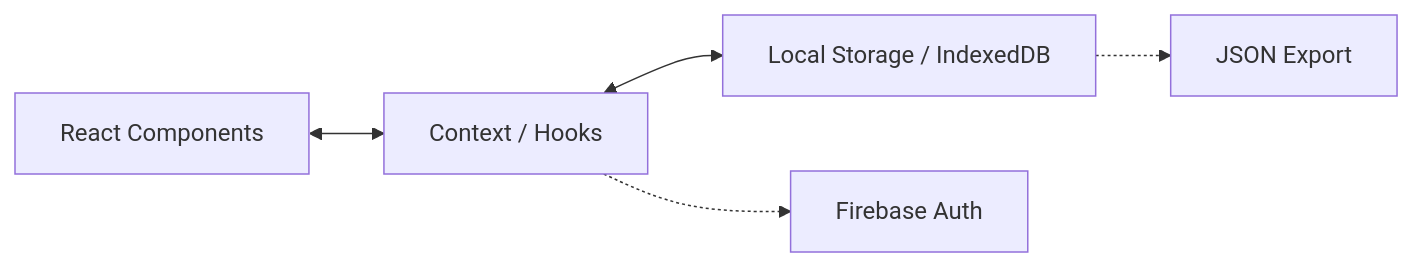
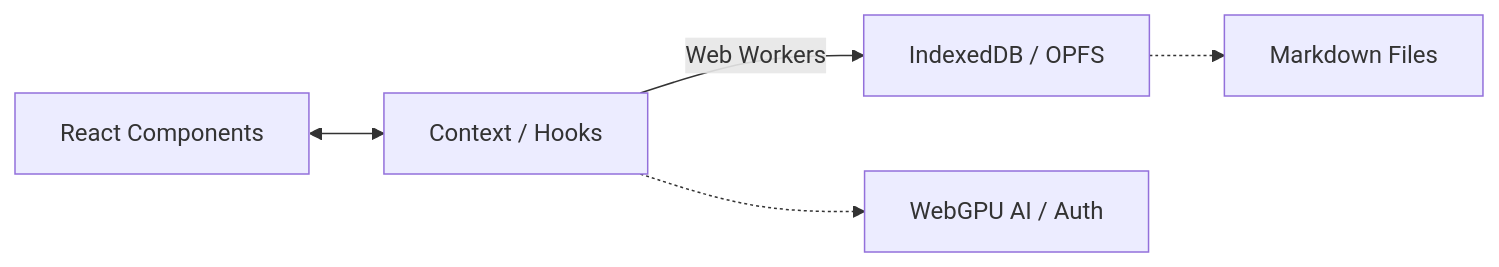
Before and after one commit to jonnyficky2/LifeFlow: the second of 2 diagrams in docs/product/MASTER_SOURCE_OF_TRUTH.md, drawn with Mermaid. The commit also changed other lines of this file and 1 other file, not shown here.

Commit message:
docs(product): upgrade Master Source of Truth to v1.1 based on architecture audit

````diff
--- a/docs/product/MASTER_SOURCE_OF_TRUTH.md
+++ b/docs/product/MASTER_SOURCE_OF_TRUTH.md
@@ -316,7 +296,7 @@
 ```mermaid
 graph LR
     UI[React Components] <--> Logic[Context / Hooks]
-    Logic <--> Storage[Local Storage / IndexedDB]
-    Storage -.-> Backup[JSON Export]
-    Logic -.-> API[Firebase Auth]
+    Logic -- Web Workers --> Storage[IndexedDB / OPFS]
+    Storage -.-> FileSystem[Markdown Files]
+    Logic -.-> API[WebGPU AI / Auth]
 ```
````
